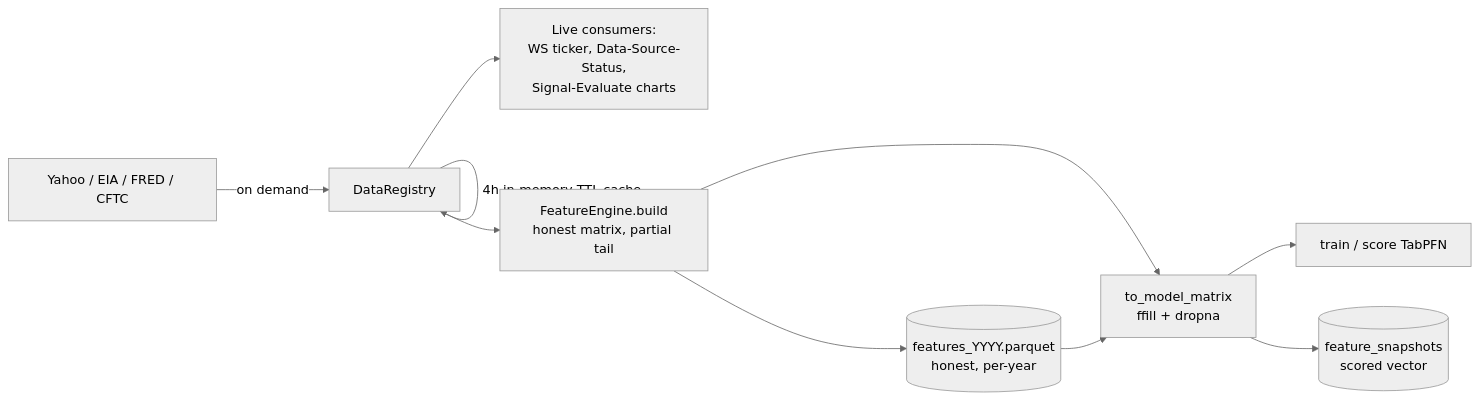
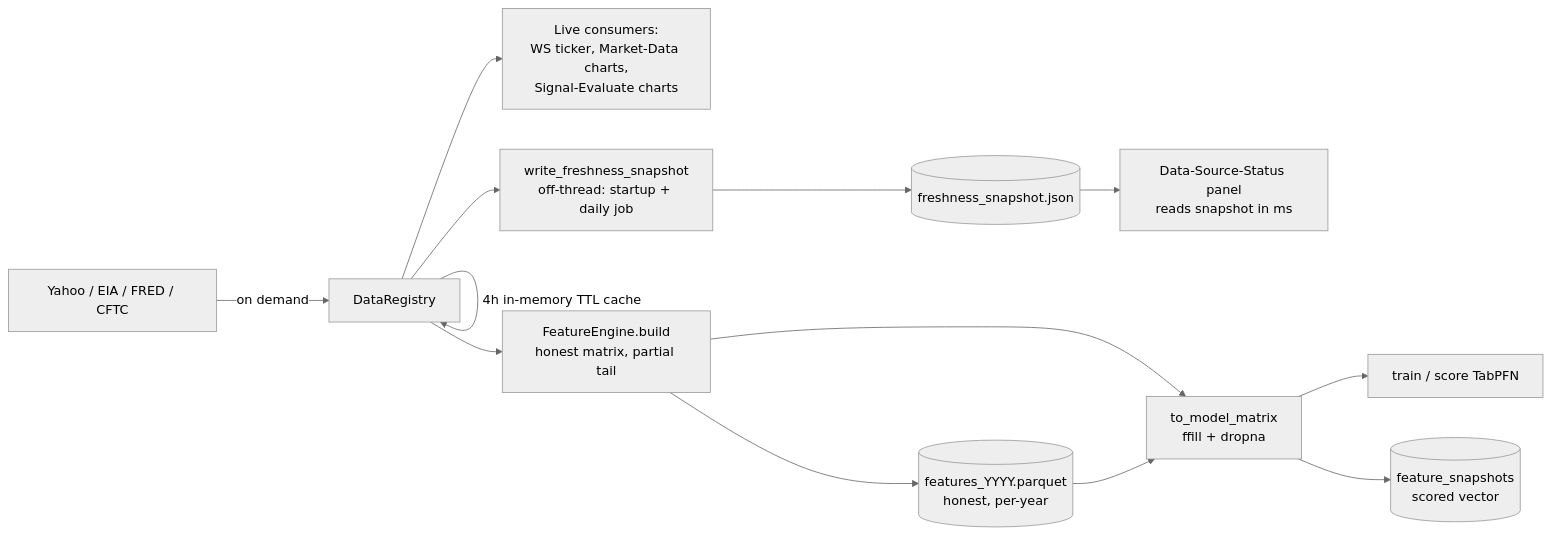
One commit to skang10/oil-signalyst changed the first of 4 diagrams in docs/architecture-backend.md. Above: the diagram before and after it, drawn with Mermaid (neutral theme). The commit also changed other lines of this file and 2 other files, not shown here.

First line of the commit message:
docs: sync architecture docs with post-6 Jul backend changes

````diff
--- a/docs/architecture-backend.md
+++ b/docs/architecture-backend.md
@@ -127,12 +144,15 @@
 ```mermaid
 flowchart LR
     APIs[Yahoo / EIA / FRED / CFTC] -->|on demand| Reg[DataRegistry]
     Reg -->|4h in-memory TTL cache| Reg
-    Reg --> Live[Live consumers:<br/>WS ticker, Data-Source-Status,<br/>Signal-Evaluate charts]
+    Reg --> Live[Live consumers:<br/>WS ticker, Market-Data charts,<br/>Signal-Evaluate charts]
+    Reg --> Warm[write_freshness_snapshot<br/>off-thread: startup + daily job]
+    Warm --> Fresh[(freshness_snapshot.json)]
+    Fresh --> Status[Data-Source-Status panel<br/>reads snapshot in ms]
     Reg --> Build[FeatureEngine.build<br/>honest matrix, partial tail]
     Build --> Parquet[(features_YYYY.parquet<br/>honest, per-year)]
     Build --> Prep[to_model_matrix<br/>ffill + dropna]
     Parquet --> Prep
     Prep --> Models[train / score TabPFN]
     Prep --> Snap[(feature_snapshots<br/>scored vector)]
 ```
````
